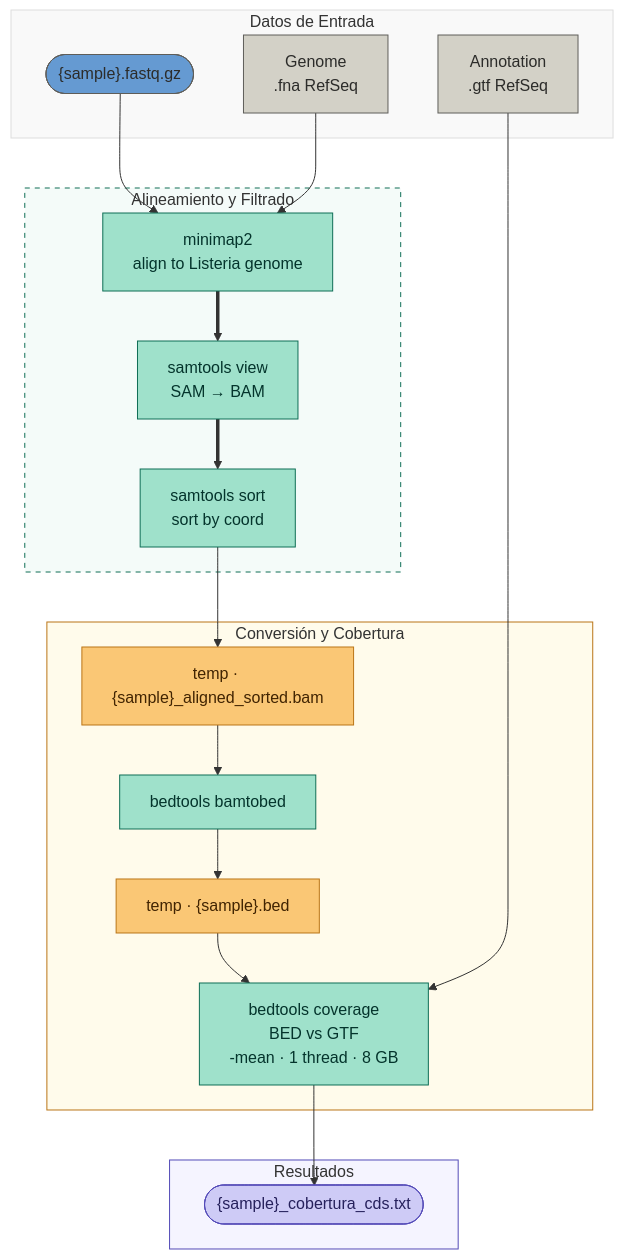
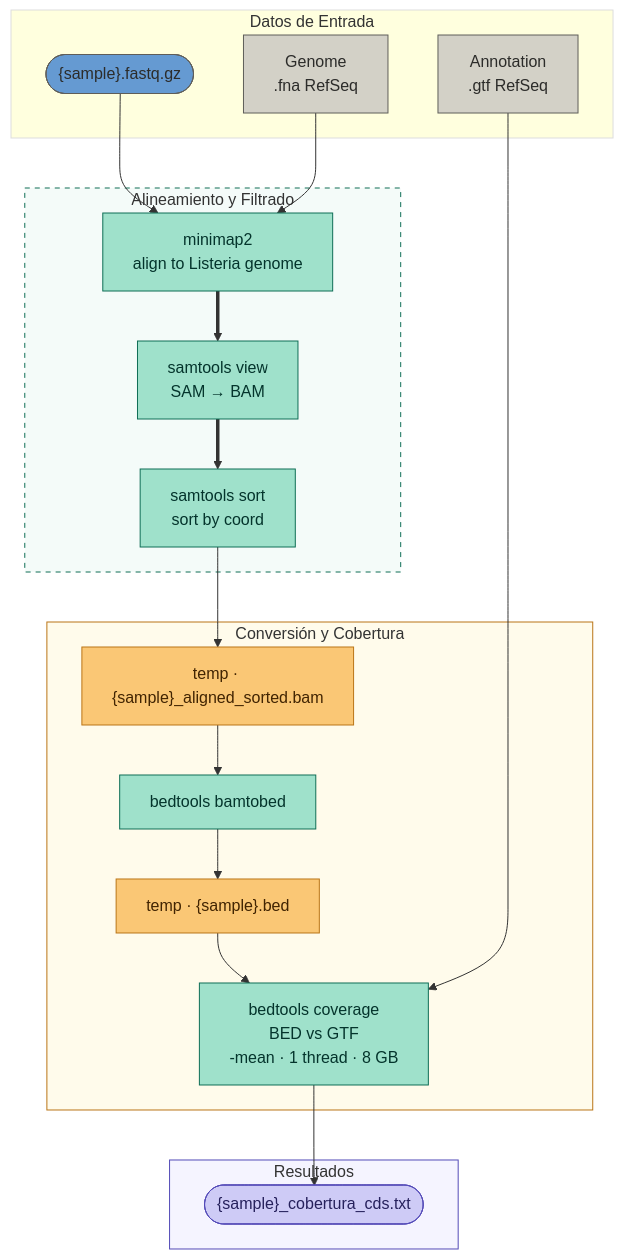
The diagram in readme.md (laugior/search4listeria), drawn with Mermaid before and after one commit.

````diff
--- a/readme.md
+++ b/readme.md
@@ -3,61 +3,61 @@
 ```mermaid
 flowchart TB
     %% --- ENTRADAS ---
     subgraph INPUTS ["Datos de Entrada"]
         INPUT(["{sample}.fastq.gz"])
         GENOME["Genome\n.fna RefSeq"]
         GTF["Annotation\n.gtf RefSeq"]
     end
 
     %% --- PROCESAMIENTO EN STREAMING ---
     subgraph ALIGNMENT ["Alineamiento y Filtrado"]
         MM["minimap2\nalign to Listeria genome"]
         SV["samtools view\nSAM → BAM"]
         SS["samtools sort\nsort by coord"]
         
         MM ==>  SV ==>  SS
     end
 
     %% --- PASOS INTERMEDIOS Y ANÁLISIS ---
     subgraph ANALYSIS ["Conversión y Cobertura"]
         SBAM["temp · {sample}_aligned_sorted.bam"]
         B2B["bedtools bamtobed"]
         BED["temp · {sample}.bed"]
         COV["bedtools coverage\nBED vs GTF\n-mean · 1 thread · 8 GB"]
     end
 
     %% --- SALIDA ---
     subgraph OUTPUTS ["Resultados"]
         OUTPUT(["{sample}_cobertura_cds.txt"])
     end
 
     %% --- CONEXIONES GLOBALES ---
     INPUT & GENOME --> MM
     SS --> SBAM
     SBAM --> B2B
     B2B --> BED
     BED & GTF --> COV
     COV --> OUTPUT
 
     %% --- ESTILOS ---
     style INPUT  fill:#659ad2,stroke:#5F5E5A,color:#2C2C2A
     style GENOME fill:#D3D1C7,stroke:#5F5E5A,color:#2C2C2A
     style GTF    fill:#D3D1C7,stroke:#5F5E5A,color:#2C2C2A
     
     style MM     fill:#9FE1CB,stroke:#0F6E56,color:#04342C
     style SV     fill:#9FE1CB,stroke:#0F6E56,color:#04342C
     style SS     fill:#9FE1CB,stroke:#0F6E56,color:#04342C
     style B2B    fill:#9FE1CB,stroke:#0F6E56,color:#04342C
     style COV    fill:#9FE1CB,stroke:#0F6E56,color:#04342C
 
     style SBAM   fill:#FAC775,stroke:#BA7517,color:#412402
     style BED    fill:#FAC775,stroke:#BA7517,color:#412402
     
     style OUTPUT fill:#CECBF6,stroke:#534AB7,color:#26215C
 
     %% Estilos de los subgrafos para dar estructura limpia
-    style INPUTS fill:#f9f9f9,stroke:#ddd,stroke-width:1px
+    style INPUTS fill:##a4fcd6,stroke:#ddd,stroke-width:1px
     style ALIGNMENT fill:#f4fbf9,stroke:#0F6E56,stroke-width:1px,stroke-dasharray: 5 5
     style ANALYSIS fill:#fffbeb,stroke:#BA7517,stroke-width:1px
     style OUTPUTS fill:#f5f4ff,stroke:#534AB7,stroke-width:1px
 ```
````
